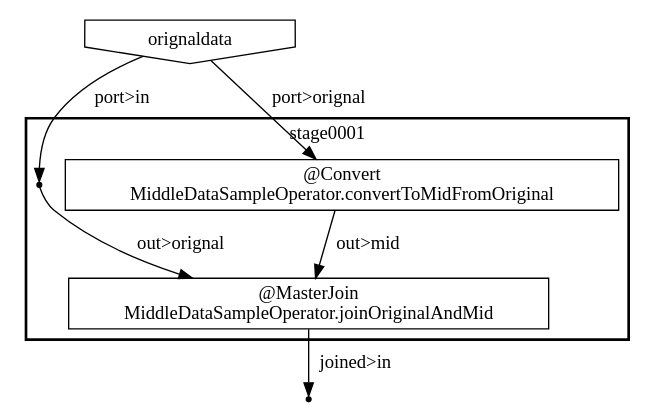
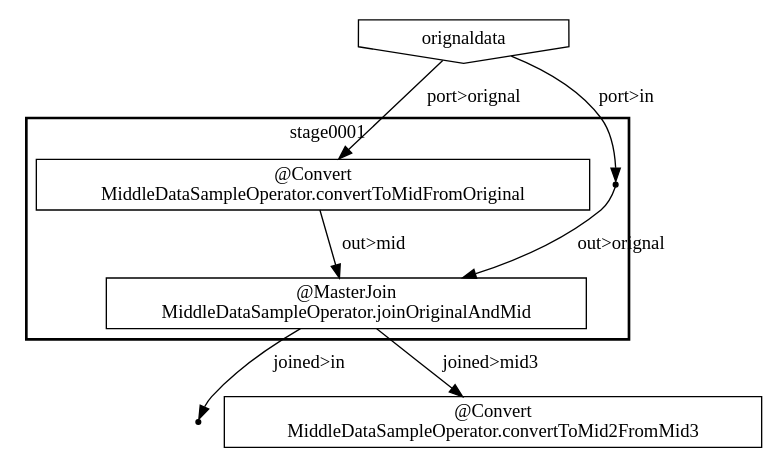
One commit to ironpeace/AsakusaMiddleDataSample changed the diagram in target/batchc/mdsBatch/opt/dsl-analysis/jobflow/TheMiddataSampleJobFlow/stageblock-1.dot. Above: the diagram before and after it, drawn with Graphviz. The commit also changed 62 other files, not shown here.

```diff
--- a/target/batchc/mdsBatch/opt/dsl-analysis/jobflow/TheMiddataSampleJobFlow/stageblock-1.dot
+++ b/target/batchc/mdsBatch/opt/dsl-analysis/jobflow/TheMiddataSampleJobFlow/stageblock-1.dot
@@ -1,16 +1,18 @@
 digraph {
-    subgraph "cluster_2c06d895-c8d1-4c72-bc6d-1386eed4320b" {
+    "7d96dbf3-0c67-44b1-87b6-31978346cbf1" [shape=point];
+    subgraph "cluster_dfcd7173-b310-447f-a296-3708320141ec" {
         label = "stage0001";
         style = bold;
-        "5e86c824-81e5-4447-825a-abbb48691cf4" [shape=box, label="@MasterJoin\nMiddleDataSampleOperator.joinOriginalAndMid"];
-        "ba521700-0e4e-4e22-9123-f7a54d49ef6a" [shape=point];
-        "b5e5c9c3-59f3-4e5c-8590-175b0231e5a4" [shape=box, label="@Convert\nMiddleDataSampleOperator.convertToMidFromOriginal"];
+        "6f72632e-1e3b-4981-ac55-c7061428a8b0" [shape=box, label="@MasterJoin\nMiddleDataSampleOperator.joinOriginalAndMid"];
+        "b126d90e-09ee-4c98-a36d-f7af4ad4f0ab" [shape=box, label="@Convert\nMiddleDataSampleOperator.convertToMidFromOriginal"];
+        "7c3102a6-f892-4b67-8043-b822e9c3b01d" [shape=point];
     }
-    "594f8ab9-770f-4d79-843f-118c9c101175" [shape=point];
-    "f9755a16-9f87-408f-846f-2f5c61e2830e" [shape=invhouse, label="orignaldata"];
-    "ba521700-0e4e-4e22-9123-f7a54d49ef6a" -> "5e86c824-81e5-4447-825a-abbb48691cf4" [label="out>orignal"];
-    "b5e5c9c3-59f3-4e5c-8590-175b0231e5a4" -> "5e86c824-81e5-4447-825a-abbb48691cf4" [label="out>mid"];
-    "5e86c824-81e5-4447-825a-abbb48691cf4" -> "594f8ab9-770f-4d79-843f-118c9c101175" [label="joined>in"];
-    "f9755a16-9f87-408f-846f-2f5c61e2830e" -> "ba521700-0e4e-4e22-9123-f7a54d49ef6a" [label="port>in"];
-    "f9755a16-9f87-408f-846f-2f5c61e2830e" -> "b5e5c9c3-59f3-4e5c-8590-175b0231e5a4" [label="port>orignal"];
+    "80c42afa-b52b-4308-87ab-645c3fec6c6c" [shape=invhouse, label="orignaldata"];
+    "b7de9004-c07e-4273-ba7e-fb434c2dcbac" [shape=box, label="@Convert\nMiddleDataSampleOperator.convertToMid2FromMid3"];
+    "b126d90e-09ee-4c98-a36d-f7af4ad4f0ab" -> "6f72632e-1e3b-4981-ac55-c7061428a8b0" [label="out>mid"];
+    "7c3102a6-f892-4b67-8043-b822e9c3b01d" -> "6f72632e-1e3b-4981-ac55-c7061428a8b0" [label="out>orignal"];
+    "6f72632e-1e3b-4981-ac55-c7061428a8b0" -> "7d96dbf3-0c67-44b1-87b6-31978346cbf1" [label="joined>in"];
+    "6f72632e-1e3b-4981-ac55-c7061428a8b0" -> "b7de9004-c07e-4273-ba7e-fb434c2dcbac" [label="joined>mid3"];
+    "80c42afa-b52b-4308-87ab-645c3fec6c6c" -> "b126d90e-09ee-4c98-a36d-f7af4ad4f0ab" [label="port>orignal"];
+    "80c42afa-b52b-4308-87ab-645c3fec6c6c" -> "7c3102a6-f892-4b67-8043-b822e9c3b01d" [label="port>in"];
 }
```
